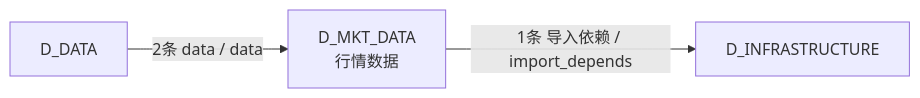
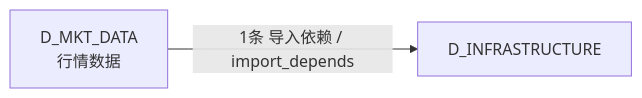
Before and after one commit to xuanFelixVan/ZephyrAlpha: the fourth of 4 diagrams in docs/02_enterprise_architecture/02_domain_architecture_docs/20_d_mkt_data.md, drawn with Mermaid. The commit also changed other lines of this file and 126 other files, not shown here.

````diff
--- a/docs/02_enterprise_architecture/02_domain_architecture_docs/20_d_mkt_data.md
+++ b/docs/02_enterprise_architecture/02_domain_architecture_docs/20_d_mkt_data.md
@@ -167,8 +159,6 @@
 ```mermaid
 graph LR
     D_MKT_DATA["D_MKT_DATA<br/>行情数据"]
     D_INFRASTRUCTURE["D_INFRASTRUCTURE"]
-    D_DATA["D_DATA"]
     D_MKT_DATA -->|1条 导入依赖 / import_depends| D_INFRASTRUCTURE
-    D_DATA -->|2条 data / data| D_MKT_DATA
 ```
````
